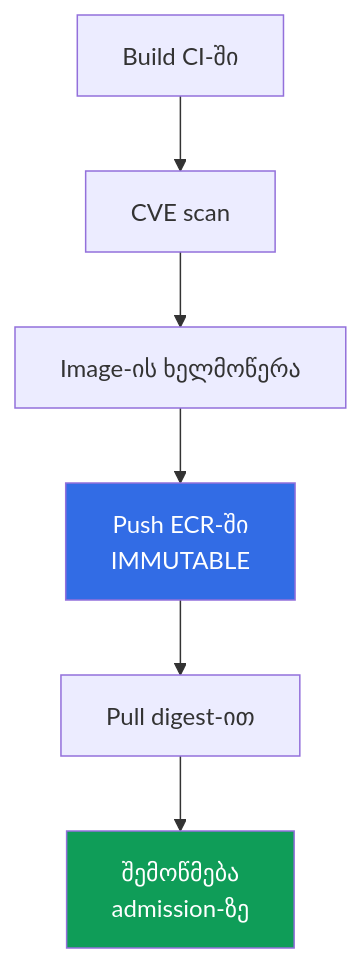
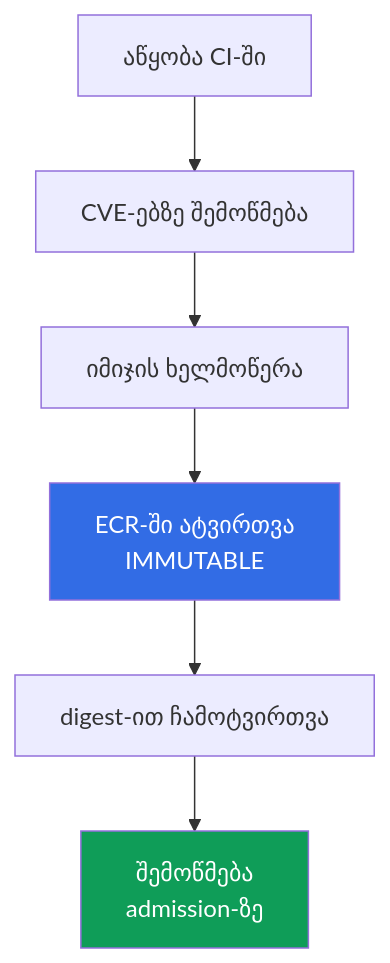
Before and after one commit to ViktorUJ/cks: the second of 2 diagrams in tasks/eks/course/20/ge.md, drawn with Mermaid. The commit also changed other lines of this file and 534 other files, not shown here.

````diff
--- a/tasks/eks/course/20/ge.md
+++ b/tasks/eks/course/20/ge.md
@@ -327,12 +327,12 @@
 ```mermaid
 flowchart TB
-    build["Build CI-ში"]
-    scan["CVE scan"]
-    sign["Image-ის ხელმოწერა"]
-    push["Push ECR-ში<br/>IMMUTABLE"]
-    pull["Pull digest-ით"]
+    build["აწყობა CI-ში"]
+    scan["CVE-ებზე შემოწმება"]
+    sign["იმიჯის ხელმოწერა"]
+    push["ECR-ში ატვირთვა<br/>IMMUTABLE"]
+    pull["digest-ით ჩამოტვირთვა"]
     adm["შემოწმება<br/>admission-ზე"]
     build --> scan --> sign --> push --> pull --> adm
     style push fill:#326ce5,color:#fff
     style adm fill:#0f9d58,color:#fff
 ```
````
